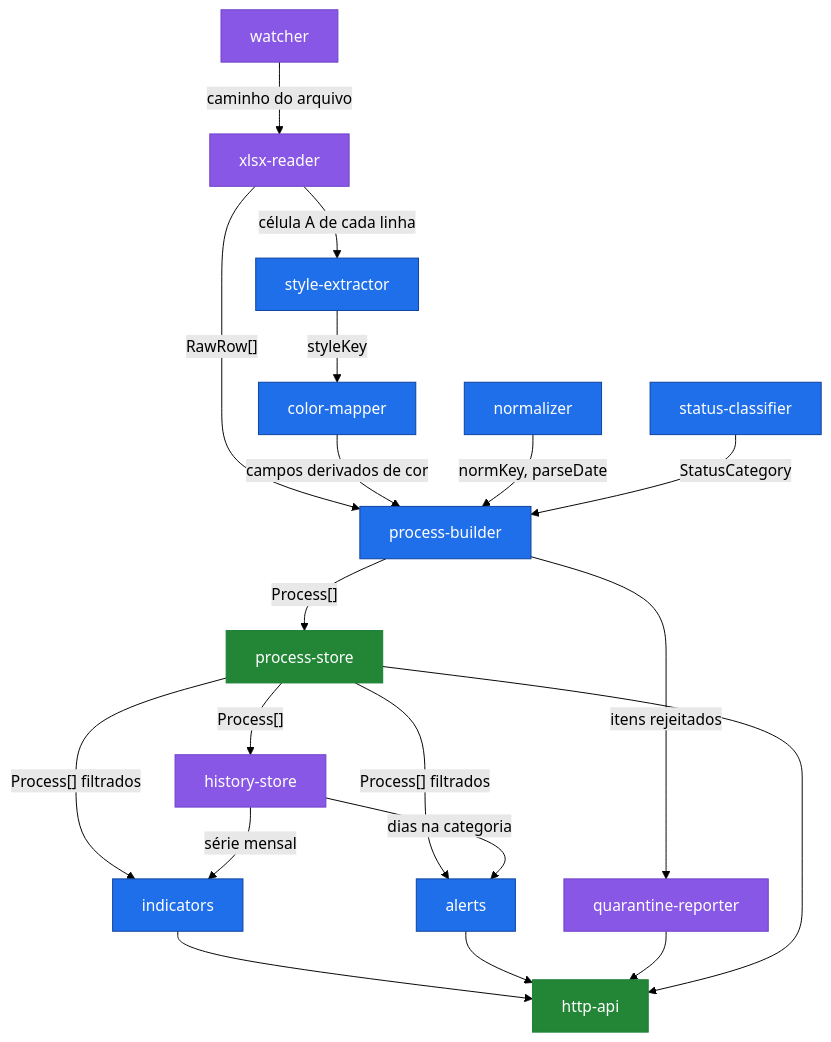
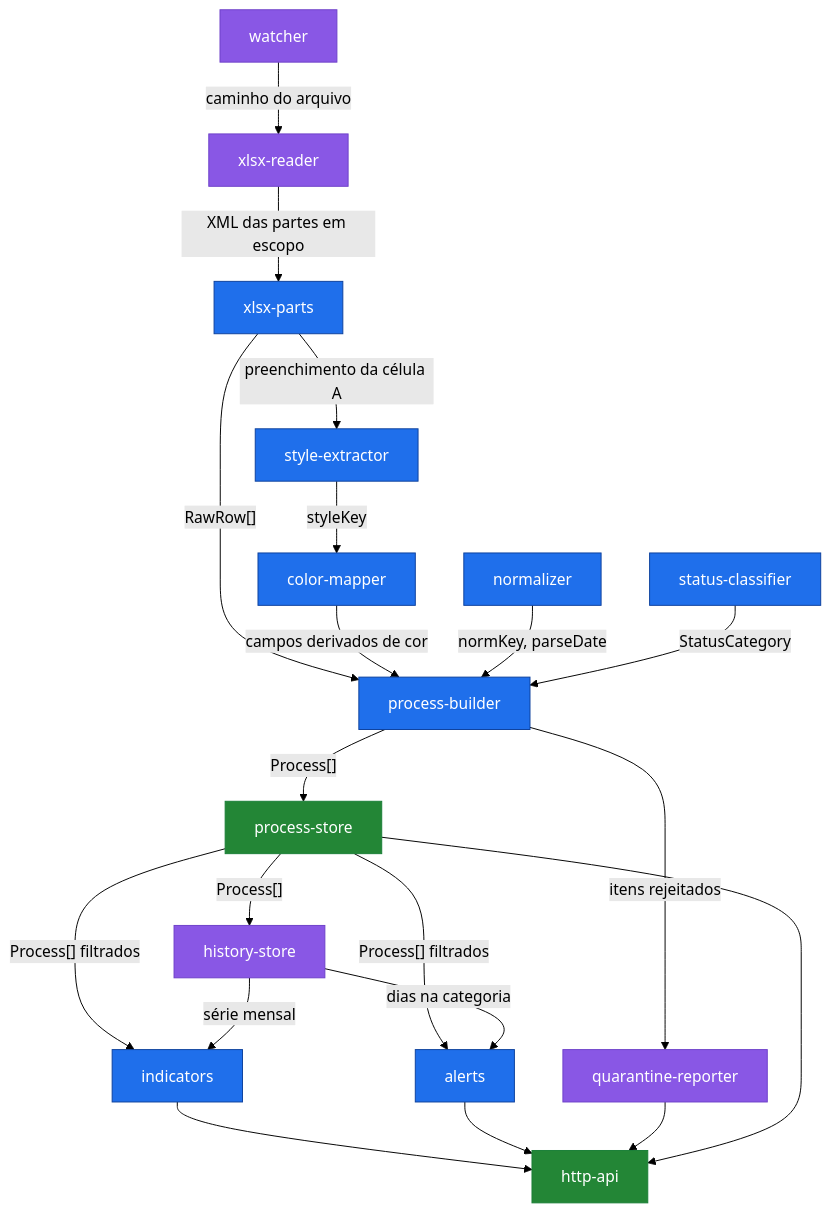
One commit to rodrigo-norys/cronoscomex changed the third of 6 diagrams in docs/04-arquitetura.md. Above: the diagram before and after it, drawn with Mermaid (forest theme). The commit also changed other lines of this file, not shown here.

````diff
--- a/docs/04-arquitetura.md
+++ b/docs/04-arquitetura.md
@@ -100,42 +100,44 @@
 ```mermaid
 graph TB
     WATCH["watcher"]
     READER["xlsx-reader"]
+    PARTS["xlsx-parts"]
     STYLE["style-extractor"]
     COLOR["color-mapper"]
     NORM["normalizer"]
     CLASS["status-classifier"]
     BUILD["process-builder"]
     QUAR["quarantine-reporter"]
     STORE["process-store"]
     HIST["history-store"]
     IND["indicators"]
     ALERT["alerts"]
     API["http-api"]
 
     WATCH -->|"caminho do arquivo"| READER
-    READER -->|"RawRow[]"| BUILD
-    READER -->|"célula A de cada linha"| STYLE
+    READER -->|"XML das partes em escopo"| PARTS
+    PARTS -->|"RawRow[]"| BUILD
+    PARTS -->|"preenchimento da célula A"| STYLE
     STYLE -->|"styleKey"| COLOR
     COLOR -->|"campos derivados de cor"| BUILD
     NORM -->|"normKey, parseDate"| BUILD
     CLASS -->|"StatusCategory"| BUILD
     BUILD -->|"Process[]"| STORE
     BUILD -->|"itens rejeitados"| QUAR
     STORE -->|"Process[]"| HIST
     STORE -->|"Process[] filtrados"| IND
     STORE -->|"Process[] filtrados"| ALERT
     HIST -->|"dias na categoria"| ALERT
     HIST -->|"série mensal"| IND
     IND --> API
     ALERT --> API
     QUAR --> API
     STORE --> API
 
     classDef io fill:#8957e5,stroke:#6e40c9,color:#fff
     classDef puro fill:#1f6feb,stroke:#0d419d,color:#fff
     classDef borda fill:#238636,stroke:#1a7f37,color:#fff
     class WATCH,READER,HIST,QUAR io
-    class STYLE,COLOR,NORM,CLASS,BUILD,IND,ALERT puro
+    class PARTS,STYLE,COLOR,NORM,CLASS,BUILD,IND,ALERT puro
     class STORE,API borda
 ```
````
